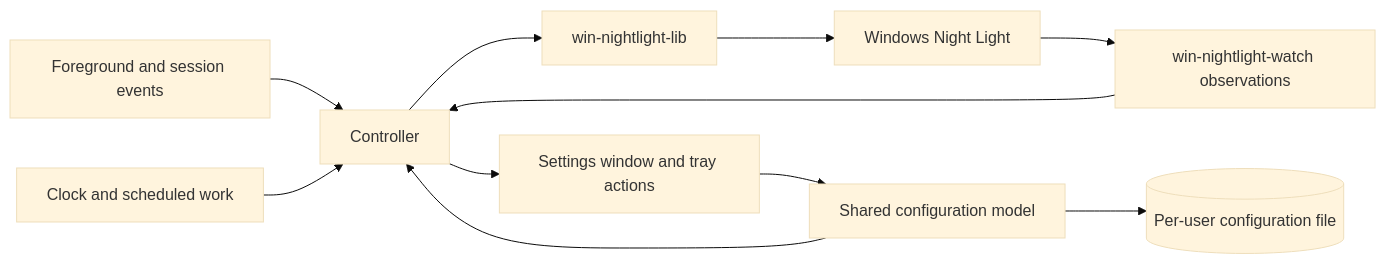
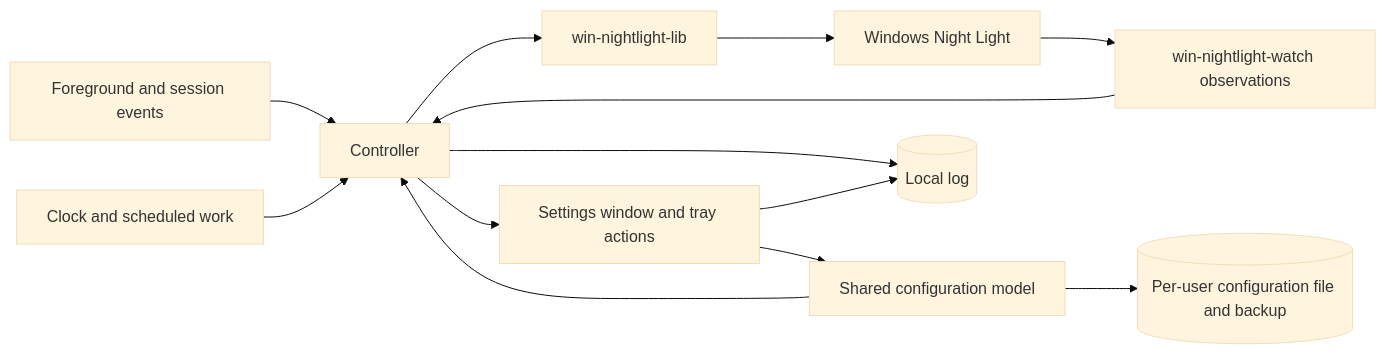
The diagram in docs/specs/SPEC.md (kvnxiao/circadia), drawn with Mermaid (base theme) before and after one commit. The commit also changed other lines of this file and 35 other files, not shown here.

````diff
--- a/docs/specs/SPEC.md
+++ b/docs/specs/SPEC.md
@@ -113,13 +118,15 @@
 ```mermaid
 flowchart LR
   F[Foreground and session events] --> C[Controller]
   W[win-nightlight-watch observations] --> C
   K[Clock and scheduled work] --> C
   U[Settings window and tray actions] --> M[Shared configuration model]
-  M --> D[(Per-user configuration file)]
+  M --> D[(Per-user configuration file and backup)]
   M --> C
   C --> L[win-nightlight-lib]
   L --> N[Windows Night Light]
   N --> W
   C --> U
+  C --> G[(Local log)]
+  U --> G
 ```
````
